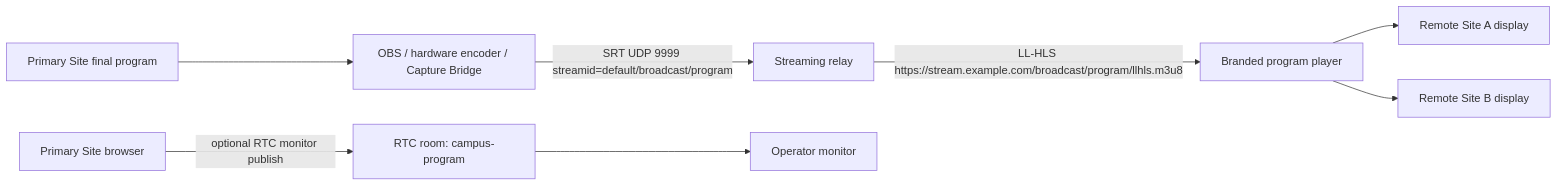
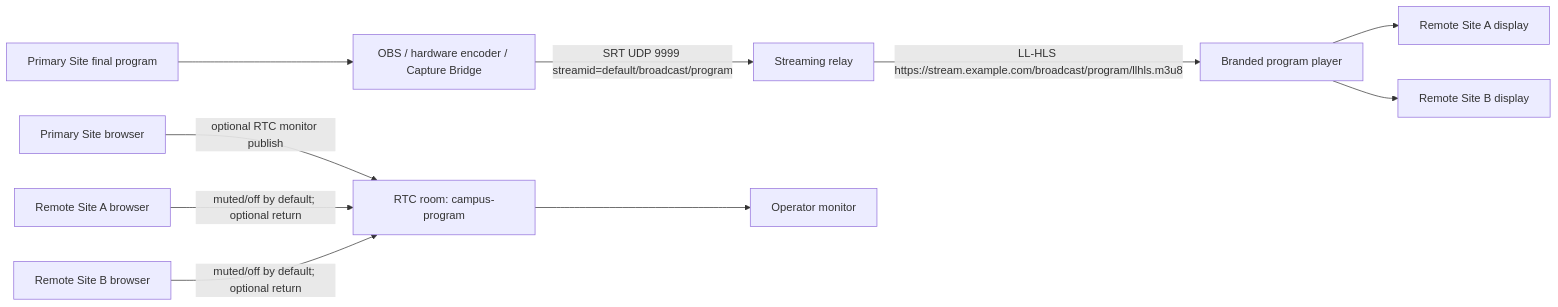
Before and after one commit to samarun/campus-connect: the second of 2 diagrams in docs/SIGNAL_FLOW.md, drawn with Mermaid. The commit also changed other lines of this file and 7 other files, not shown here.

Commit message:
Show remote campus media controls in program mode

````diff
--- a/docs/SIGNAL_FLOW.md
+++ b/docs/SIGNAL_FLOW.md
@@ -20,10 +20,12 @@
 ```mermaid
 flowchart LR
   Program["Primary Site final program"] --> Enc["OBS / hardware encoder / Capture Bridge"]
   Enc -->|"SRT UDP 9999 streamid=default/broadcast/program"| Relay["Streaming relay"]
   Relay -->|"LL-HLS https://stream.example.com/broadcast/program/llhls.m3u8"| Player["Branded program player"]
   Player --> RemoteA["Remote Site A display"]
   Player --> RemoteB["Remote Site B display"]
   PrimaryBrowser["Primary Site browser"] -->|"optional RTC monitor publish"| ProgramRoom["RTC room: campus-program"]
+  RemoteAConsole["Remote Site A browser"] -->|"muted/off by default; optional return"| ProgramRoom
+  RemoteBConsole["Remote Site B browser"] -->|"muted/off by default; optional return"| ProgramRoom
   ProgramRoom --> Operator["Operator monitor"]
 ```
````
